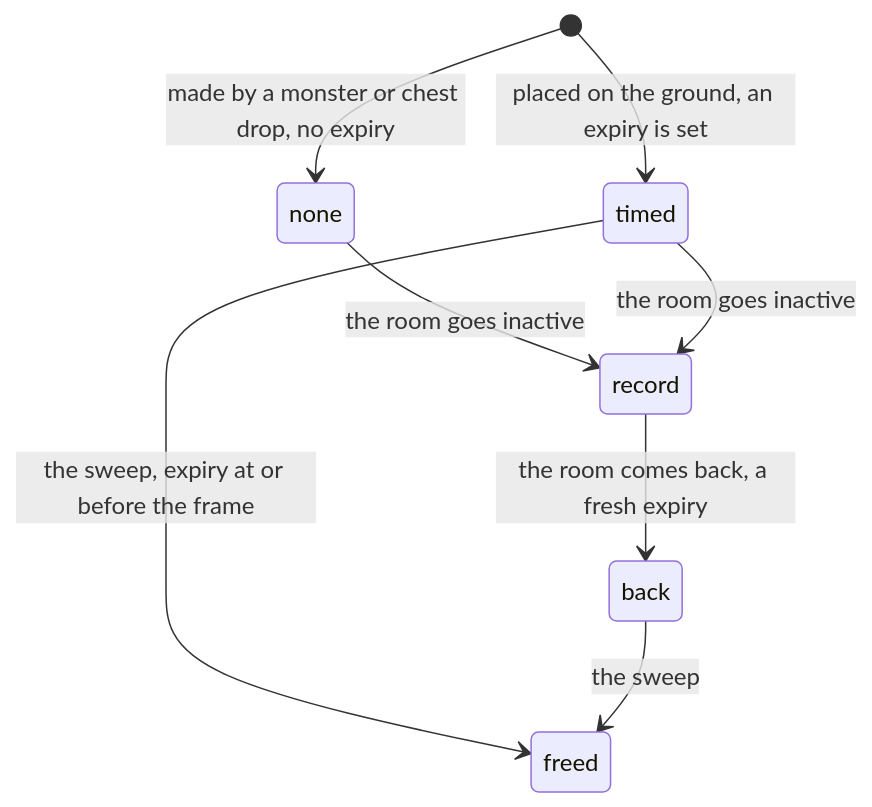
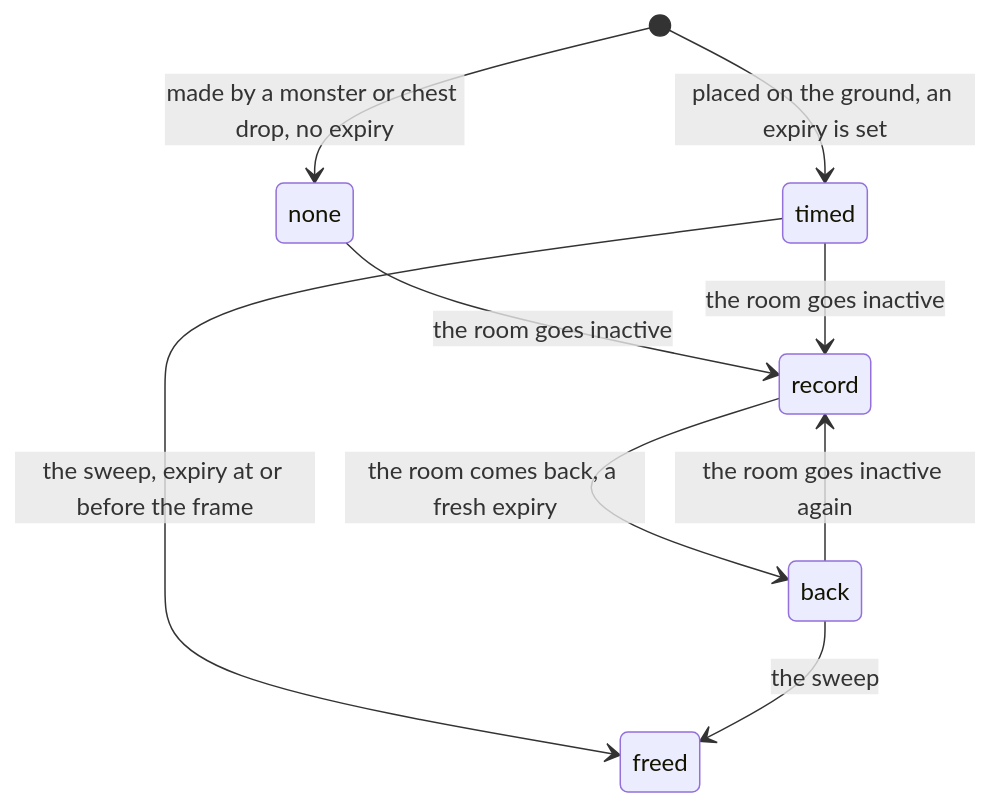
One commit to IgorKonovalov/diablo-2-recompilation changed the sixth of 6 diagrams in docs/wiki/inventory.md. Above: the diagram before and after it, drawn with Mermaid. The commit also changed other lines of this file and 19 other files, not shown here.

````diff
--- a/docs/wiki/inventory.md
+++ b/docs/wiki/inventory.md
@@ -369,10 +372,11 @@
 ```mermaid
 stateDiagram-v2
   [*] --> none: made by a monster or chest drop, no expiry
   [*] --> timed: placed on the ground, an expiry is set
   timed --> freed: the sweep, expiry at or before the frame
   none --> record: the room goes inactive
   timed --> record: the room goes inactive
   record --> back: the room comes back, a fresh expiry
   back --> freed: the sweep
+  back --> record: the room goes inactive again
 ```
````
